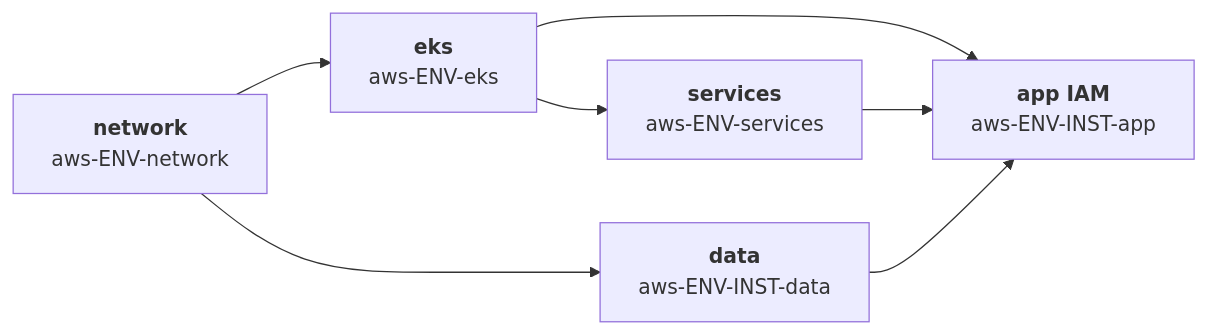
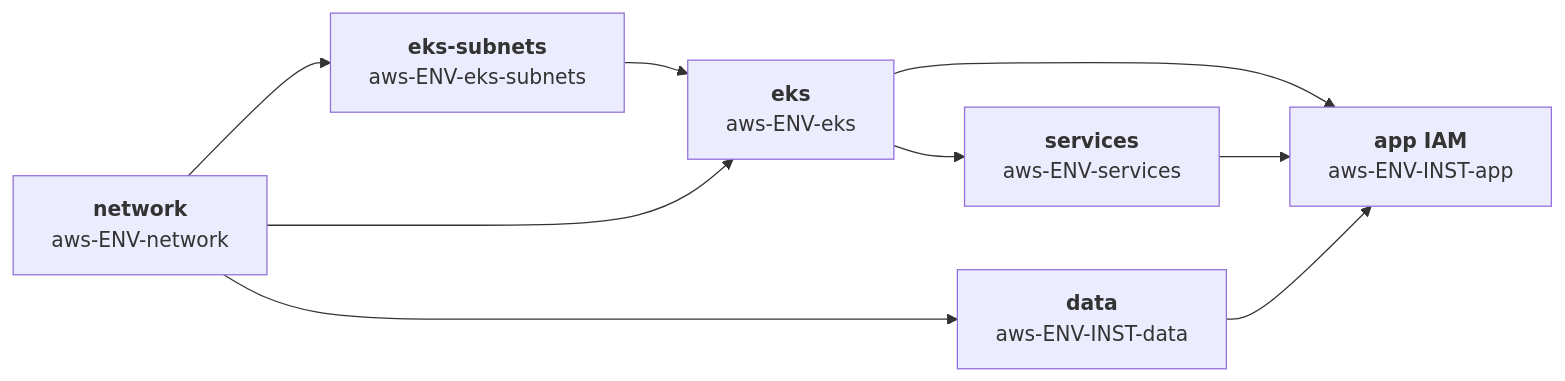
One commit to aescanero/proposal_documents changed the fourth of 11 diagrams in docs/en/terramate-outputs-sharing-architecture.md. Above: the diagram before and after it, drawn with Mermaid. The commit also changed other lines of this file and 9 other files, not shown here.

First line of the commit message:
Move the EKS and AKS guides to runtime-owned subnets (en and es)

````diff
--- a/docs/en/terramate-outputs-sharing-architecture.md
+++ b/docs/en/terramate-outputs-sharing-architecture.md
@@ -1013,9 +1013,10 @@
 ```mermaid
 graph LR
-    NET["<b>network</b><br/>aws-ENV-network"] --> EKS["<b>eks</b><br/>aws-ENV-eks"]
+    NET["<b>network</b><br/>aws-ENV-network"] --> SUB["<b>eks-subnets</b><br/>aws-ENV-eks-subnets"] --> EKS["<b>eks</b><br/>aws-ENV-eks"]
+    NET --> EKS
     EKS --> SVC["<b>services</b><br/>aws-ENV-services"]
     NET --> DATA["<b>data</b><br/>aws-ENV-INST-data"]
     EKS --> IRSA["<b>app IAM</b><br/>aws-ENV-INST-app"]
     SVC --> IRSA
     DATA --> IRSA
 ```
````
